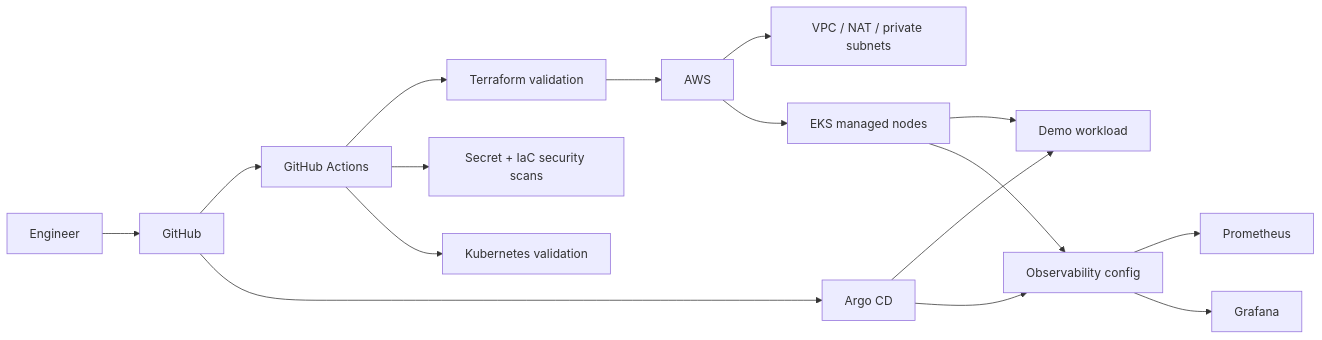
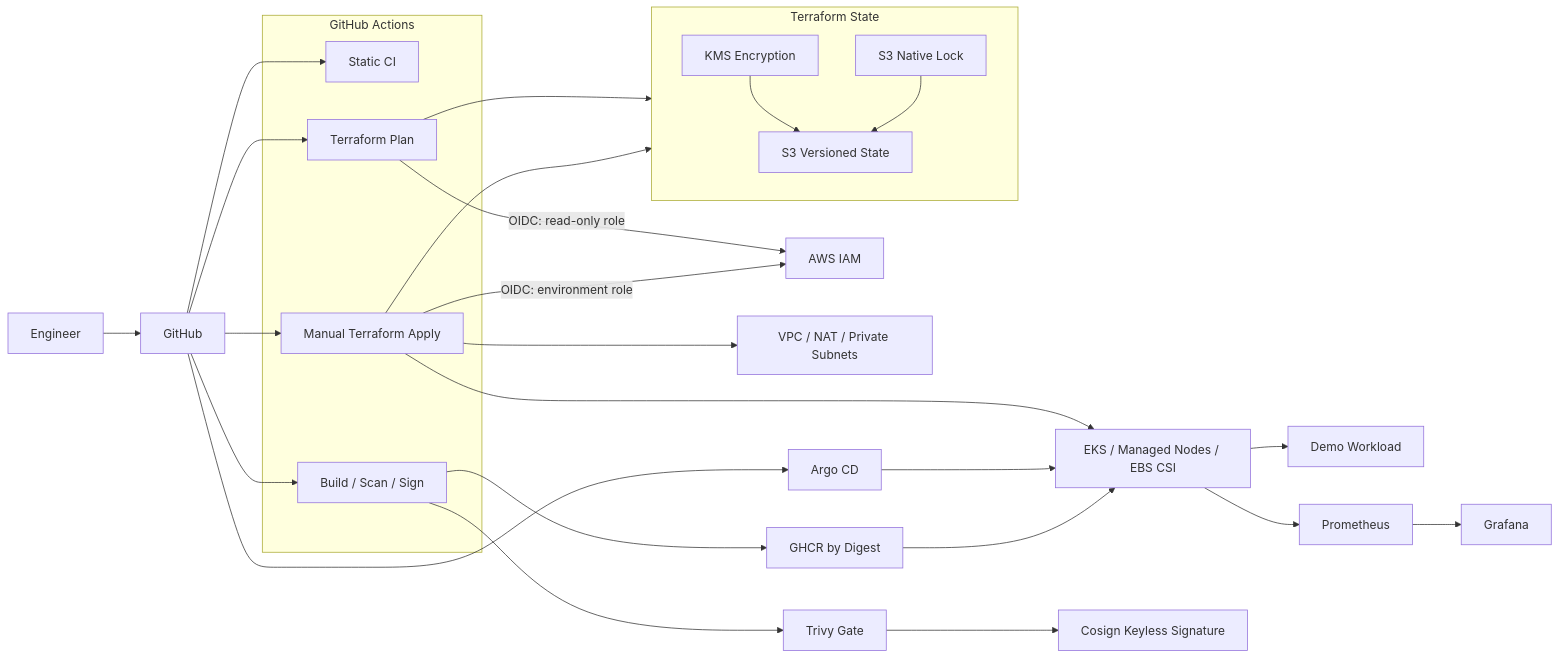
One commit to fadyy2k/platform-engineering-eks-gitops changed the diagram in README.md. Above: the diagram before and after it, drawn with Mermaid. The commit also changed other lines of this file and 38 other files, not shown here.

First line of the commit message:
Phase 2: OIDC, remote state, environment promotion and signed delivery

````diff
--- a/README.md
+++ b/README.md
@@ -13,21 +16,45 @@
 ```mermaid
 flowchart LR
     DEV[Engineer] --> GH[GitHub]
-    GH --> CI[GitHub Actions]
-    CI --> TF[Terraform validation]
-    CI --> SEC[Secret + IaC security scans]
-    CI --> K8S[Kubernetes validation]
 
-    TF --> AWS[AWS]
-    AWS --> VPC[VPC / NAT / private subnets]
-    AWS --> EKS[EKS managed nodes]
+    subgraph CI[GitHub Actions]
+      STATIC[Static CI]
+      PLAN[Terraform Plan]
+      APPLY[Manual Terraform Apply]
+      IMG[Build / Scan / Sign]
+    end
+
+    GH --> STATIC
+    GH --> PLAN
+    GH --> APPLY
+    GH --> IMG
+
+    PLAN -->|OIDC: read-only role| AWSIAM[AWS IAM]
+    APPLY -->|OIDC: environment role| AWSIAM
+
+    subgraph STATE[Terraform State]
+      S3[S3 Versioned State]
+      KMS[KMS Encryption]
+      LOCK[S3 Native Lock]
+    end
+
+    PLAN --> STATE
+    APPLY --> STATE
+    KMS --> S3
+    LOCK --> S3
+
+    APPLY --> VPC[VPC / NAT / Private Subnets]
+    APPLY --> EKS[EKS / Managed Nodes / EBS CSI]
+
+    IMG --> GHCR[GHCR by Digest]
+    IMG --> TRIVY[Trivy Gate]
+    TRIVY --> COSIGN[Cosign Keyless Signature]
 
     GH --> ARGO[Argo CD]
-    ARGO --> DEMO[Demo workload]
-    ARGO --> OBS[Observability config]
+    ARGO --> EKS
+    GHCR --> EKS
 
-    EKS --> DEMO
-    EKS --> OBS
-    OBS --> PROM[Prometheus]
-    OBS --> GRAF[Grafana]
+    EKS --> DEMO[Demo Workload]
+    EKS --> PROM[Prometheus]
+    PROM --> GRAF[Grafana]
 ```
````
